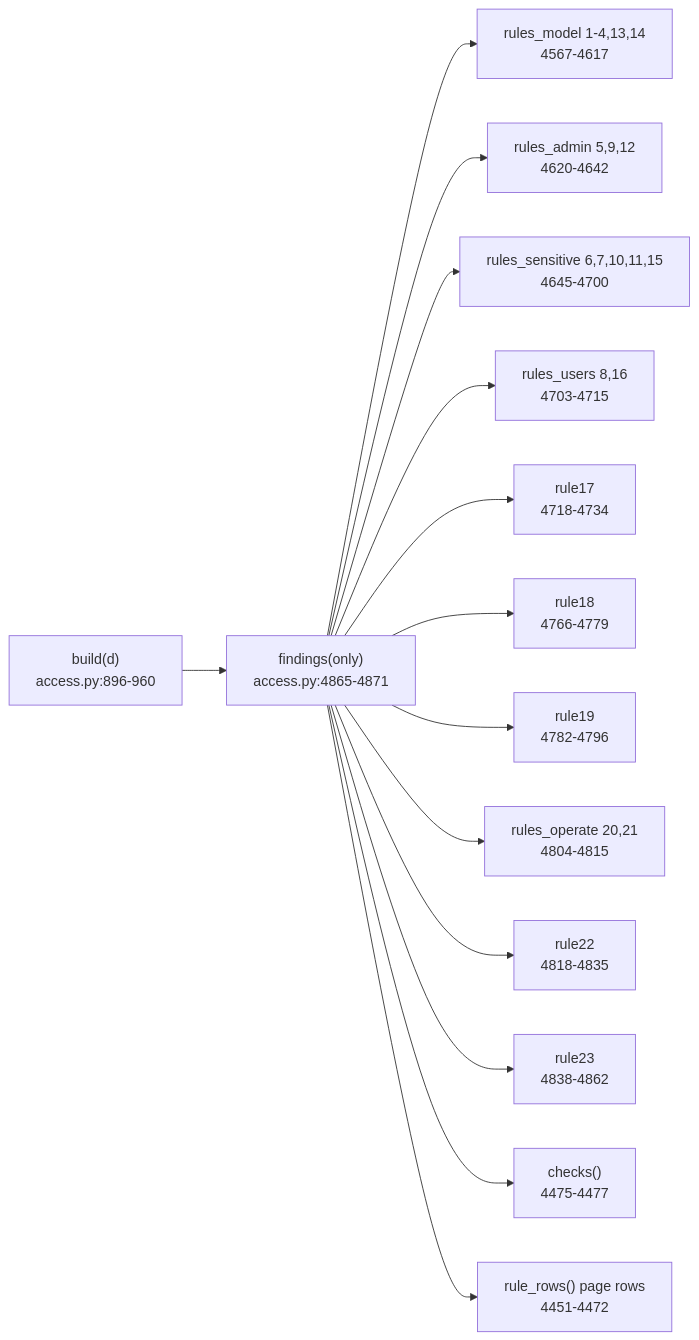
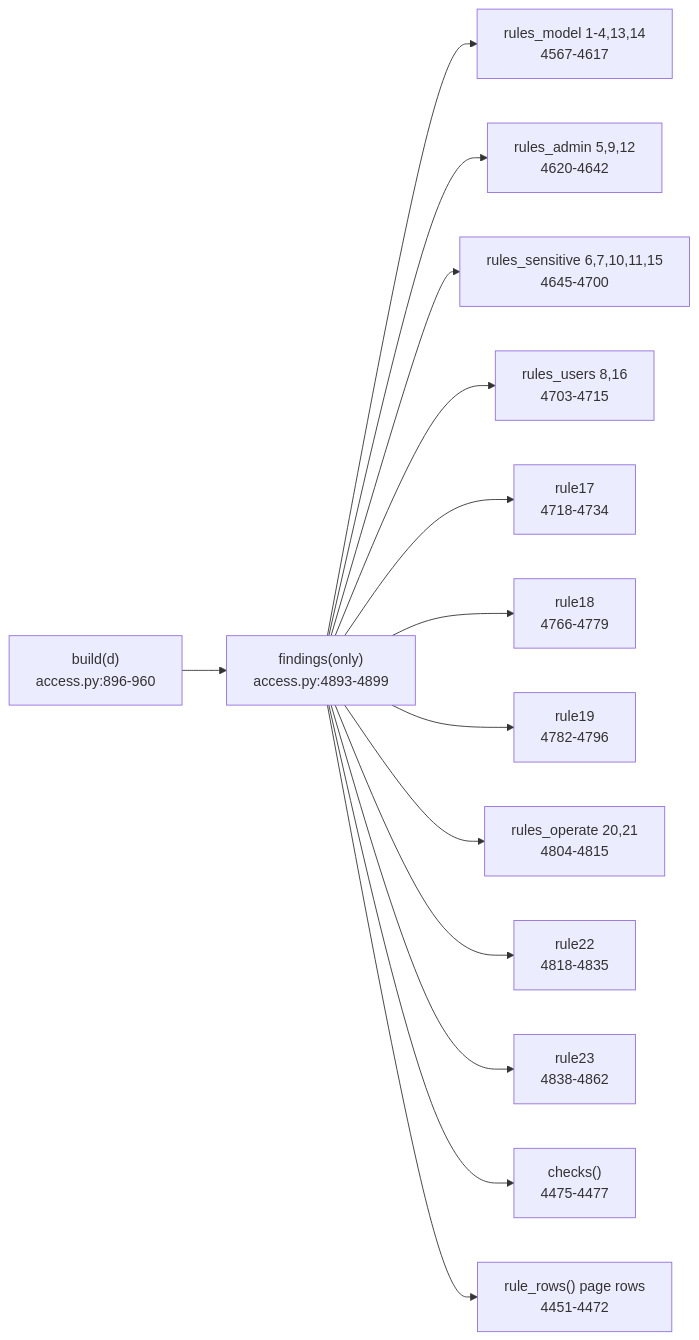
Before and after one commit to darshanmeel/snowflake-access-explorer: the diagram in snowflake-access-explorer-knowledge-graph/logic/rules.md, drawn with Mermaid. The commit also changed other lines of this file and 147 other files, not shown here.

````diff
--- a/snowflake-access-explorer-knowledge-graph/logic/rules.md
+++ b/snowflake-access-explorer-knowledge-graph/logic/rules.md
@@ -5,16 +5,16 @@
 ```mermaid
 flowchart LR
-  B["build(d)<br/>access.py:896-960"] --> F["findings(only)<br/>access.py:4865-4871"]
+  B["build(d)<br/>access.py:896-960"] --> F["findings(only)<br/>access.py:4893-4899"]
   F --> M["rules_model 1-4,13,14<br/>4567-4617"]
   F --> A["rules_admin 5,9,12<br/>4620-4642"]
   F --> S["rules_sensitive 6,7,10,11,15<br/>4645-4700"]
   F --> U["rules_users 8,16<br/>4703-4715"]
   F --> R17["rule17<br/>4718-4734"]
   F --> R18["rule18<br/>4766-4779"]
   F --> R19["rule19<br/>4782-4796"]
   F --> O["rules_operate 20,21<br/>4804-4815"]
   F --> R22["rule22<br/>4818-4835"]
   F --> R23["rule23<br/>4838-4862"]
   F --> C["checks()<br/>4475-4477"]
   F --> RR["rule_rows() page rows<br/>4451-4472"]
 ```
````
